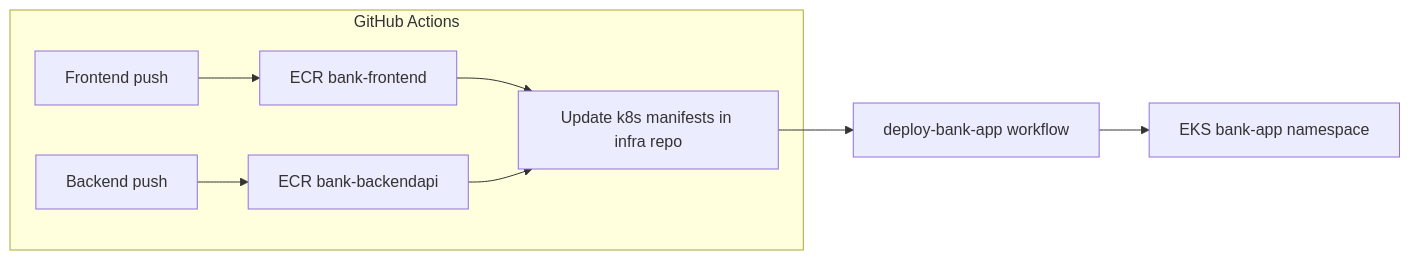
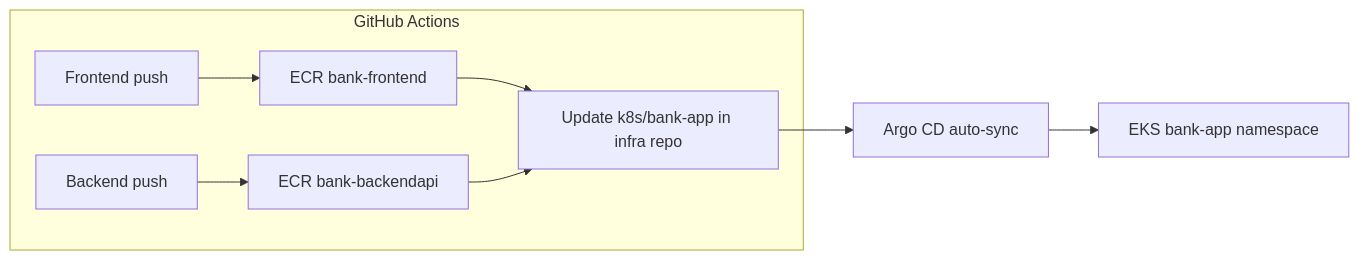
The diagram in DEPLOYMENT.md (gwinsetechcloud-ctrl/Pod10-infrastructure-main), drawn with Mermaid before and after one commit. The commit also changed other lines of this file and 10 other files, not shown here.

Commit message:
Deploy bank app with Argo CD GitOps (Application, ingress, Terraform helm)

````diff
--- a/DEPLOYMENT.md
+++ b/DEPLOYMENT.md
@@ -93,13 +132,13 @@
 ```mermaid
 flowchart LR
   subgraph ci [GitHub Actions]
     FE[Frontend push]
     BE[Backend push]
     FE --> ECR1[ECR bank-frontend]
     BE --> ECR2[ECR bank-backendapi]
-    ECR1 --> MANI[Update k8s manifests in infra repo]
+    ECR1 --> MANI[Update k8s/bank-app in infra repo]
     ECR2 --> MANI
   end
-  MANI --> DEPLOY[deploy-bank-app workflow]
-  DEPLOY --> EKS[EKS bank-app namespace]
+  MANI --> ARGO[Argo CD auto-sync]
+  ARGO --> EKS[EKS bank-app namespace]
 ```
````
